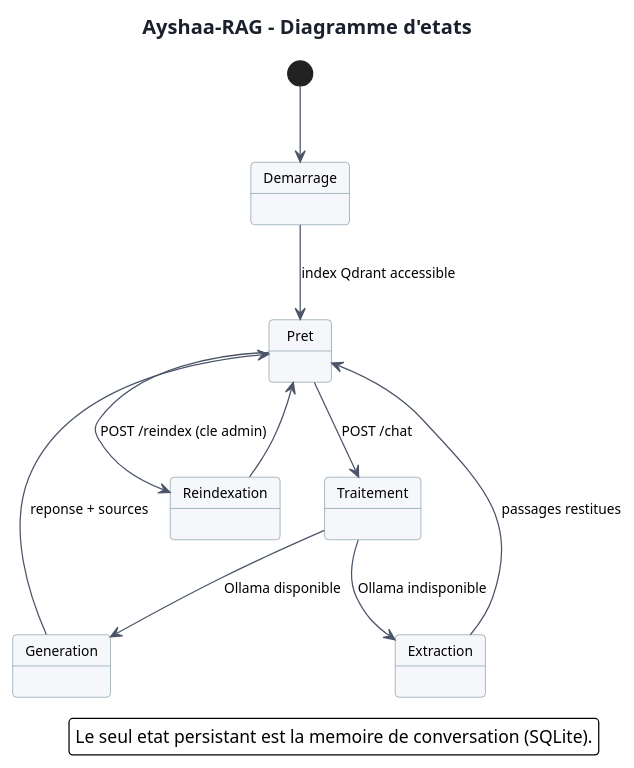
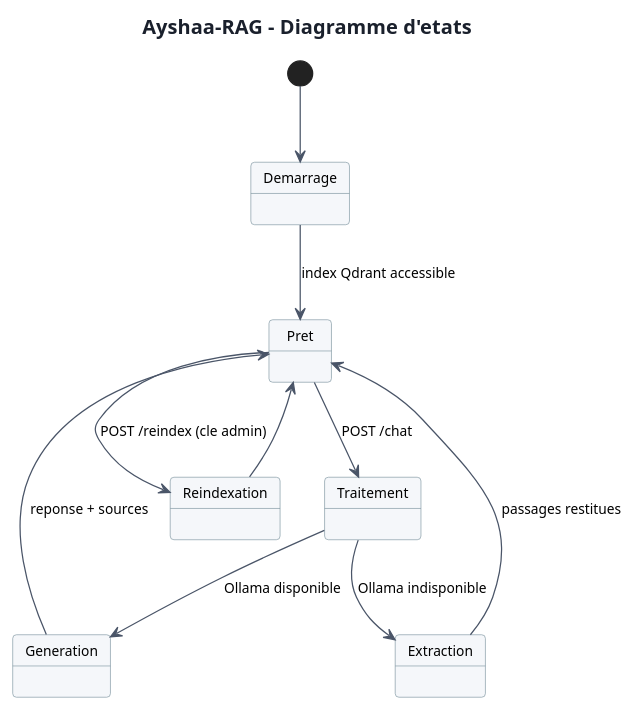
The diagram in docs/diagrams/microservices/Ayshaa-RAG/Ayshaa-RAG-state.puml (saber-barhoumi/Xpark-gmao), drawn with PlantUML before and after one commit. The commit also changed 192 other files, not shown here.

First line of the commit message:
docs(uml): mise aux normes academiques des diagrammes des microservices

```diff
--- a/docs/diagrams/microservices/Ayshaa-RAG/Ayshaa-RAG-state.puml
+++ b/docs/diagrams/microservices/Ayshaa-RAG/Ayshaa-RAG-state.puml
@@ -1,35 +1,32 @@
 @startuml
+skinparam style strictuml
 skinparam backgroundColor #FFFFFF
 skinparam shadowing false
 skinparam defaultFontName Verdana
 skinparam defaultFontSize 11
 skinparam roundCorner 6
 skinparam ArrowColor #4A5568
 skinparam TitleFontSize 16
 skinparam TitleFontColor #1A202C
 skinparam NoteBackgroundColor #FFF8DC
 skinparam NoteBorderColor #D6BF7A
 skinparam componentStyle rectangle
 
 title Ayshaa-RAG - Diagramme d'etats
 
 skinparam state {
   BackgroundColor #F5F7FA
   BorderColor #78909C
 }
 
 [*] --> Demarrage
 Demarrage --> Pret : index Qdrant accessible
 Pret --> Traitement : POST /chat
 Traitement --> Generation : Ollama disponible
 Traitement --> Extraction : Ollama indisponible
 Generation --> Pret : reponse + sources
 Extraction --> Pret : passages restitues
 Pret --> Reindexation : POST /reindex (cle admin)
 Reindexation --> Pret
 
-legend right
-Le seul etat persistant est la memoire de conversation (SQLite).
-endlegend
-
 @enduml
```
